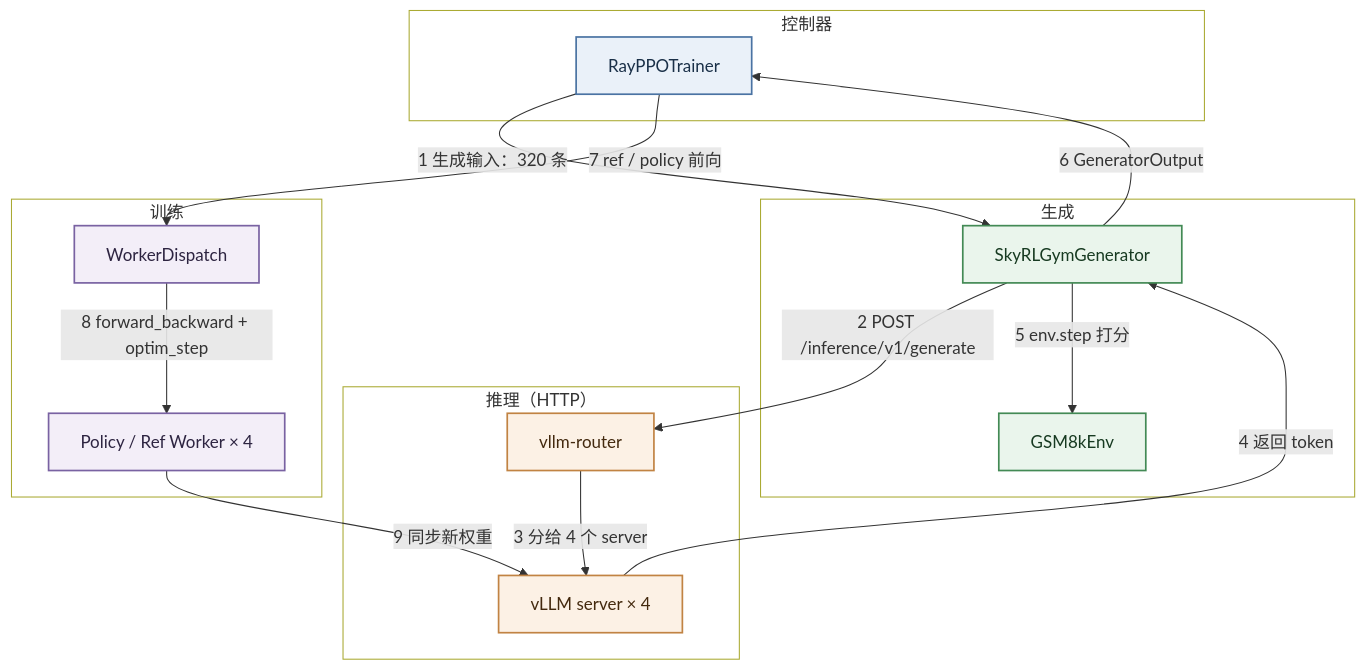
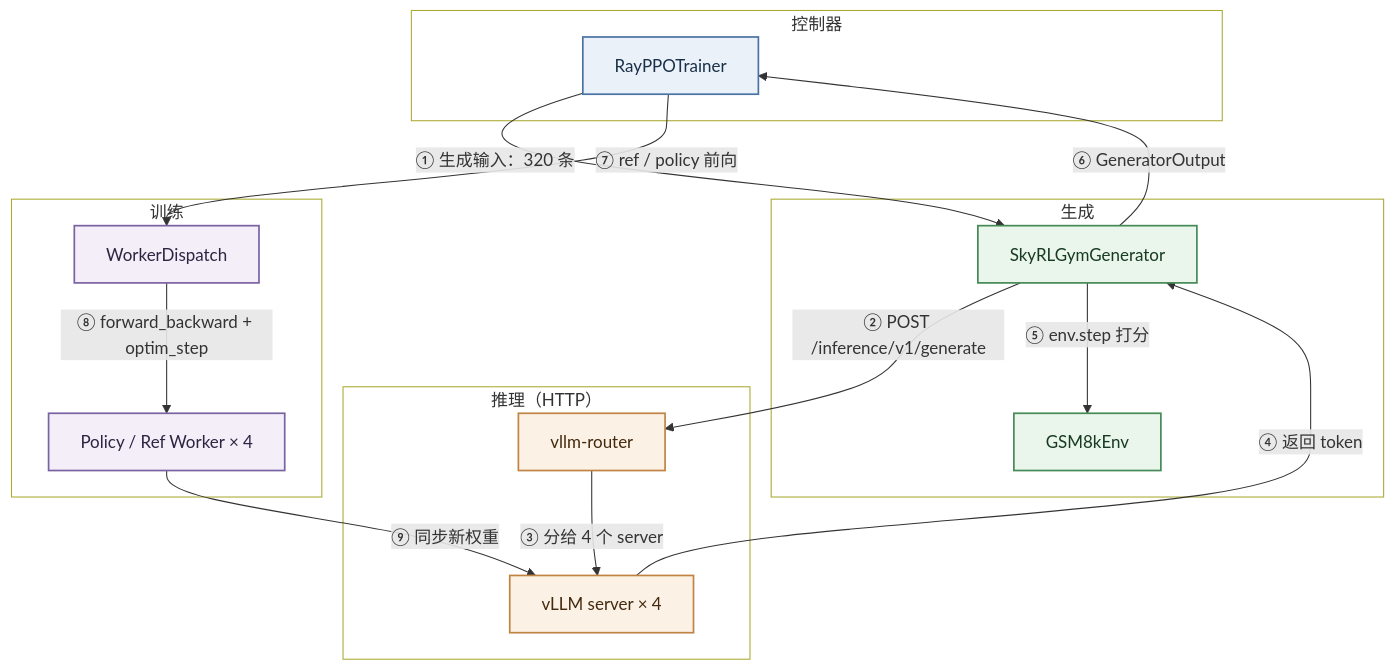
The first of 3 diagrams in src/content/posts/skyrl-arch.md (lxy-alexander/VoidIndex), drawn with Mermaid before and after one commit. The commit also changed other lines of this file and 8 other files, not shown here.

Commit message:
Use circled step numbers in architecture diagrams

````diff
--- a/src/content/posts/skyrl-arch.md
+++ b/src/content/posts/skyrl-arch.md
@@ -30,39 +30,39 @@
 ```mermaid
 flowchart TB
     subgraph CTRL["控制器"]
         T["RayPPOTrainer"]
     end
     subgraph GEN["生成"]
         G["SkyRLGymGenerator"]
         ENV["GSM8kEnv"]
     end
     subgraph INF["推理（HTTP）"]
         R["vllm-router"]
         V["vLLM server × 4"]
     end
     subgraph TRAIN["训练"]
         WD["WorkerDispatch"]
         PW["Policy / Ref Worker × 4"]
     end
-    T -- "1 生成输入：320 条" --> G
-    G -- "2 POST /inference/v1/generate" --> R
-    R -- "3 分给 4 个 server" --> V
-    V -- "4 返回 token" --> G
-    G -- "5 env.step 打分" --> ENV
-    G -- "6 GeneratorOutput" --> T
-    T -- "7 ref / policy 前向" --> WD
-    WD -- "8 forward_backward + optim_step" --> PW
-    PW -- "9 同步新权重" --> V
+    T -- "① 生成输入：320 条" --> G
+    G -- "② POST /inference/v1/generate" --> R
+    R -- "③ 分给 4 个 server" --> V
+    V -- "④ 返回 token" --> G
+    G -- "⑤ env.step 打分" --> ENV
+    G -- "⑥ GeneratorOutput" --> T
+    T -- "⑦ ref / policy 前向" --> WD
+    WD -- "⑧ forward_backward + optim_step" --> PW
+    PW -- "⑨ 同步新权重" --> V
     style CTRL fill:transparent
     style GEN fill:transparent
     style INF fill:transparent
     style TRAIN fill:transparent
     classDef ctrl fill:#EAF1F9,stroke:#4A73A3,stroke-width:1.6px,color:#1A3048
     classDef gen fill:#EAF5EC,stroke:#438A55,stroke-width:1.6px,color:#173A21
     classDef inf fill:#FCF1E5,stroke:#C18343,stroke-width:1.6px,color:#43290E
     classDef train fill:#F3EEF8,stroke:#7962A2,stroke-width:1.6px,color:#2D2441
     class T ctrl
     class G,ENV gen
     class R,V inf
     class WD,PW train
 ```
````
